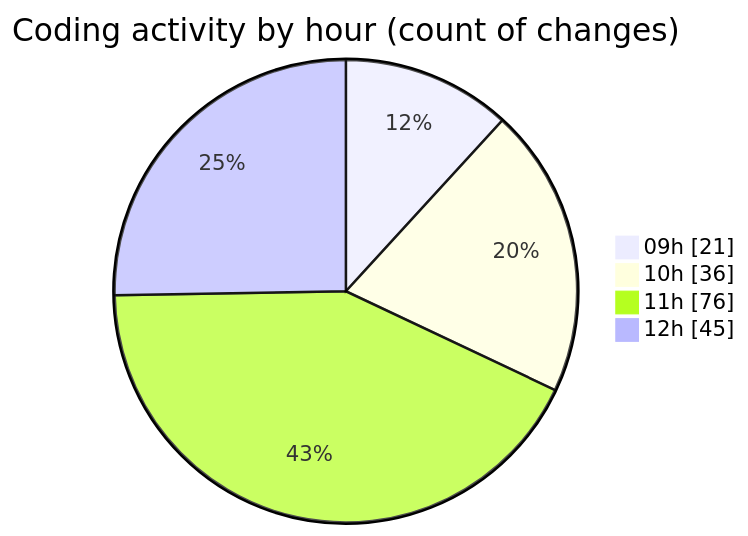
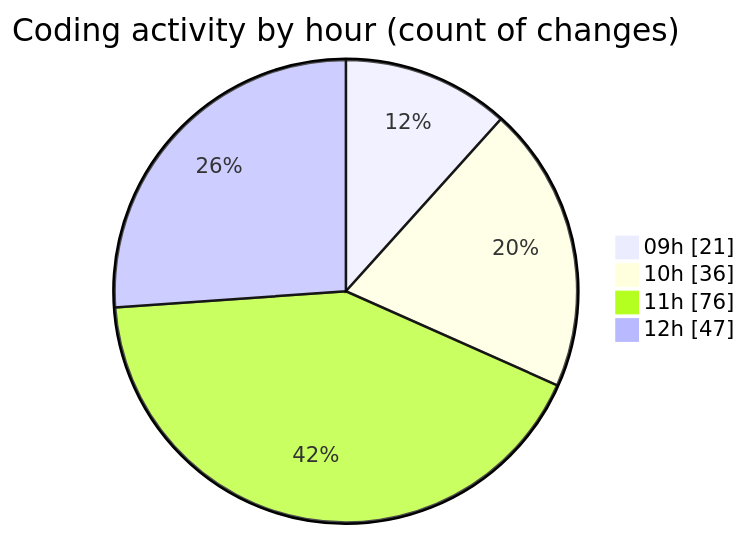
The second of 2 diagrams in 2025-09-09/cda/README.md (momahboobian/code-tracking), drawn with Mermaid before and after one commit. The commit also changed other lines of this file and 1 other file, not shown here.

````diff
--- a/2025-09-09/cda/README.md
+++ b/2025-09-09/cda/README.md
@@ -131,8 +132,8 @@
 ```mermaid
 pie showData
 title Coding activity by hour (count of changes)
 "09h" : 21
 "10h" : 36
 "11h" : 76
-"12h" : 45
+"12h" : 47
 ```
````
